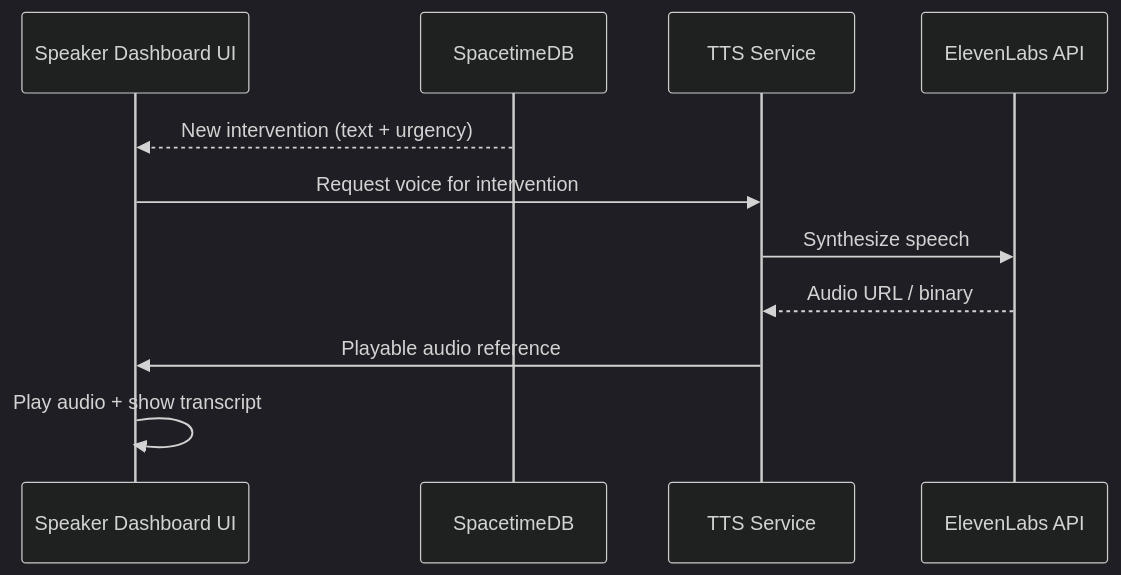
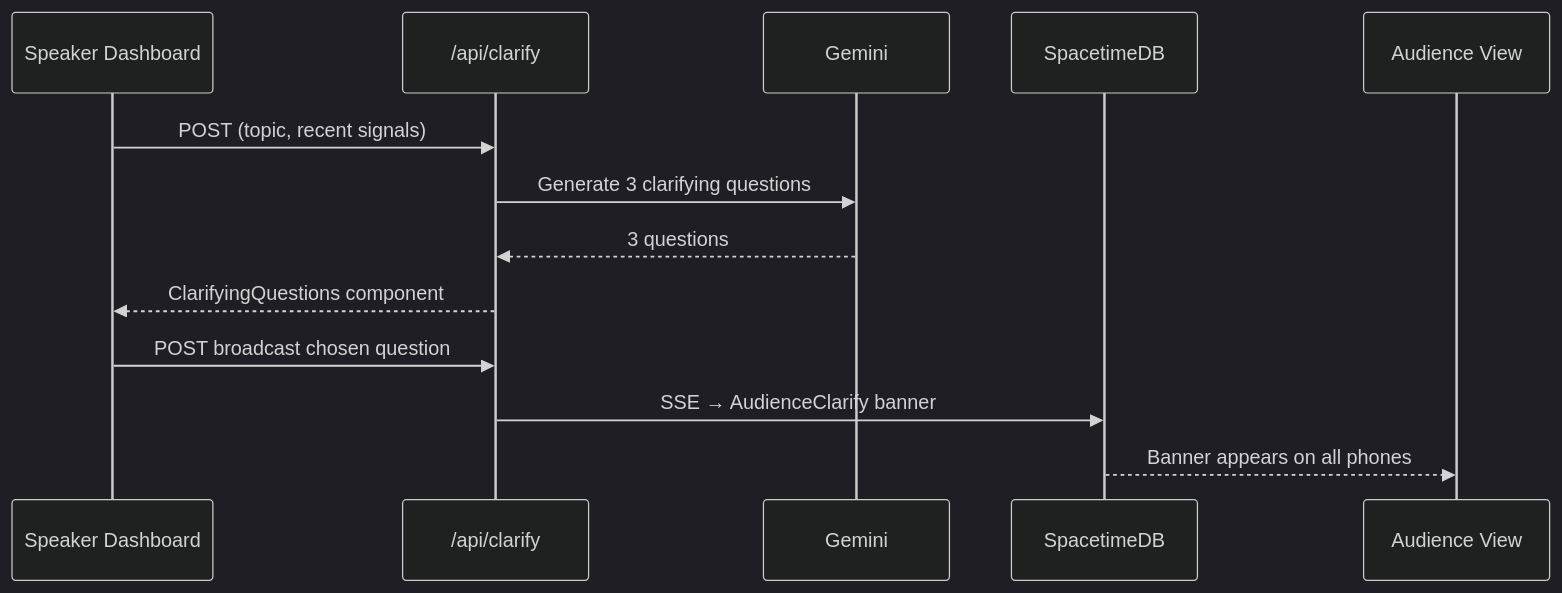
One commit to arvinder004/PULSE_HACKBYTE4.0 changed the eighth of 10 diagrams in PULSE_ARCHITECTUREPLAN.md. Above: the diagram before and after it, drawn with Mermaid (dark theme). The commit also changed other lines of this file, not shown here.

````diff
--- a/PULSE_ARCHITECTUREPLAN.md
+++ b/PULSE_ARCHITECTUREPLAN.md
@@ -304,14 +447,16 @@
 ```mermaid
 sequenceDiagram
-    participant SpkUI as Speaker Dashboard UI
+    participant SpkUI as Speaker Dashboard
+    participant ClarAPI as /api/clarify
+    participant Gem as Gemini
     participant STDB as SpacetimeDB
-    participant TTS as TTS Service
-    participant Eleven as ElevenLabs API
+    participant AudUI as Audience View
 
-    STDB-->>SpkUI: New intervention (text + urgency)
-    SpkUI->>TTS: Request voice for intervention
-    TTS->>Eleven: Synthesize speech
-    Eleven-->>TTS: Audio URL / binary
-    TTS->>SpkUI: Playable audio reference
-    SpkUI->>SpkUI: Play audio + show transcript
+    SpkUI->>ClarAPI: POST (topic, recent signals)
+    ClarAPI->>Gem: Generate 3 clarifying questions
+    Gem-->>ClarAPI: 3 questions
+    ClarAPI-->>SpkUI: ClarifyingQuestions component
+    SpkUI->>ClarAPI: POST broadcast chosen question
+    ClarAPI->>STDB: SSE → AudienceClarify banner
+    STDB-->>AudUI: Banner appears on all phones
 ```
````
